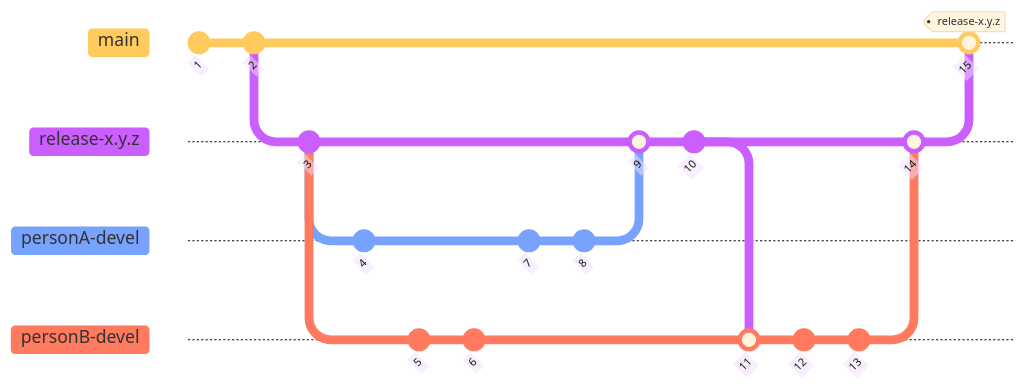
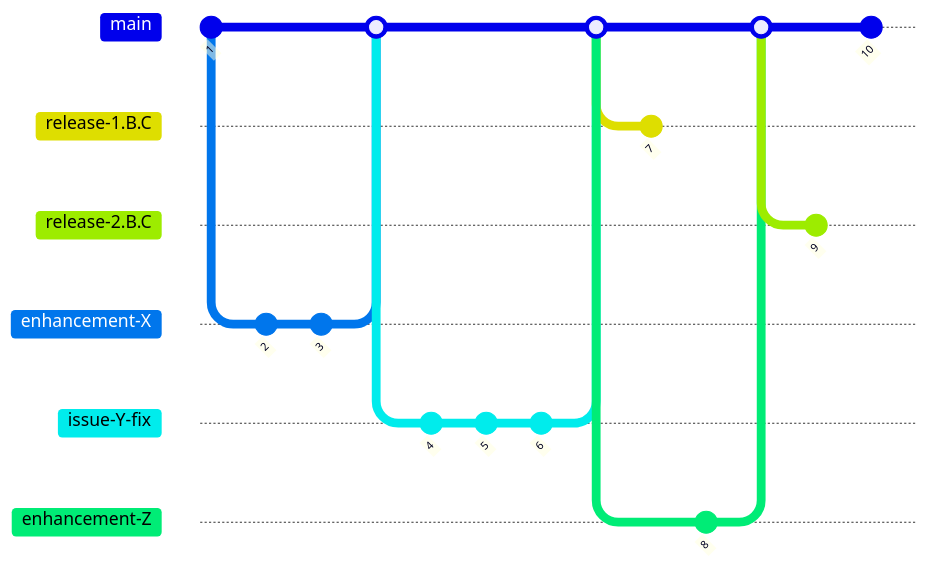
Before and after one commit to GreenBankObservatory/dysh: the diagram in docs/source/for_developers/git_workflows.rst, drawn with Mermaid. The commit also changed other lines of this file, not shown here.

Commit message:
git_workflows update

```diff
--- a/docs/source/for_developers/git_workflows.rst
+++ b/docs/source/for_developers/git_workflows.rst
@@ -10,29 +14,41 @@
 .. mermaid::
 
-    %%{init: { 'theme': 'base' } }%%
+    ---
+    config:
+        logLevel: 'debug'
+        theme: 'base'
+        gitGraph:
+            showCommitLabel: false
+            mainBranchOrder: 2
+    ---
+
 
     gitGraph
         commit id: "1"
+        branch enhancement-X order: 3
+        checkout enhancement-X
         commit id: "2"
-        branch release-x.y.z order: 1
         commit id: "3"
-        branch personB-devel order: 3
-        branch personA-devel order: 2
-        commit id: "4"
-        checkout personB-devel
+        checkout main
+        merge enhancement-X
+        branch issue-Y-fix  order: 4
+        checkout issue-Y-fix
+        commit id: "4" 
         commit id: "5"
         commit id: "6"
-        checkout personA-devel
+        checkout main
+        merge issue-Y-fix
+        branch release-1.B.C  order: 0 
+        checkout release-1.B.C
         commit id: "7"
+        checkout main
+        branch enhancement-Z order: 5
+        checkout enhancement-Z
         commit id: "8"
-        checkout release-x.y.z
-        merge personA-devel id: "9"
+        checkout main
+        merge enhancement-Z
+        branch release-2.B.C order:1
+        checkout release-2.B.C
+        commit id: "9"
+        checkout main
         commit id: "10"
-        checkout personB-devel
-        merge release-x.y.z id: "11"
-        commit id: "12"
-        commit id: "13"
-        checkout release-x.y.z
-        merge personB-devel id: "14"
-        checkout main
-        merge release-x.y.z  id: "15" tag: "release-x.y.z"
```
